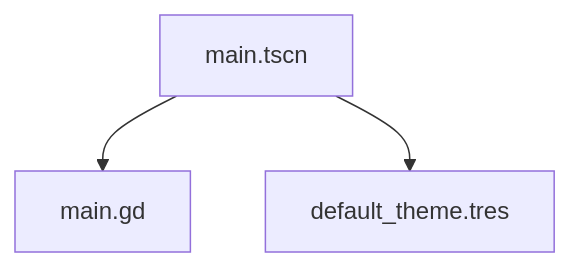
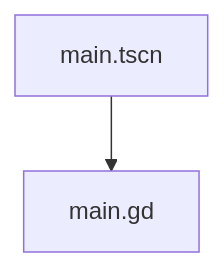
One commit to fantege/EmpireGame changed the diagram in 场景结构说明.md. Above: the diagram before and after it, drawn with Mermaid. The commit also changed other lines of this file, not shown here.

Commit message:
更新场景结构说明文档，移除已删除的主题资源引用

````diff
--- a/场景结构说明.md
+++ b/场景结构说明.md
@@ -76,5 +75,4 @@
 ```mermaid
 graph TD
     A[main.tscn] --> B[main.gd]
-    A --> C[default_theme.tres]
 ```
````
